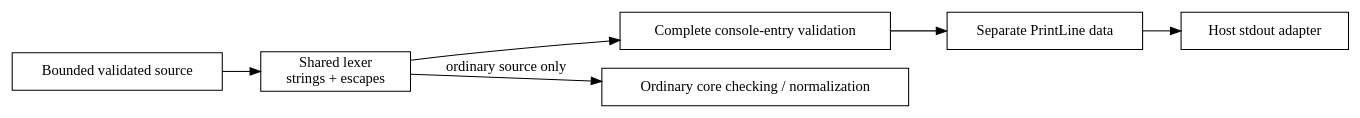
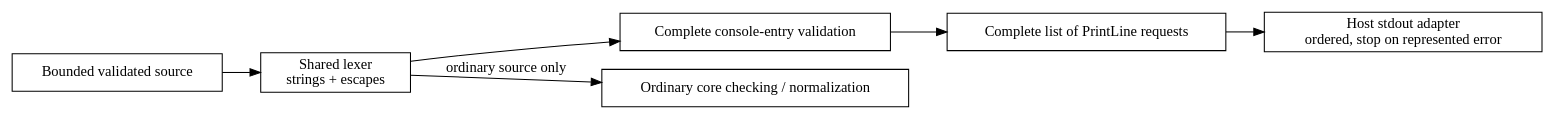
Before and after one commit to odunboye/fibril: the diagram in docs/diagrams/console-runner.dot, drawn with Graphviz. The commit also changed 23 other files, not shown here.

Commit message:
Sequence validated console do blocks with bounded action plans

```diff
--- a/docs/diagrams/console-runner.dot
+++ b/docs/diagrams/console-runner.dot
@@ -1,12 +1,12 @@
 digraph ConsoleRunner {
   rankdir=LR;
   node [shape=box];
   source [label="Bounded validated source"];
   lexer [label="Shared lexer\nstrings + escapes"];
   profile [label="Complete console-entry validation"];
-  action [label="Separate PrintLine data"];
-  host [label="Host stdout adapter"];
+  action [label="Complete list of PrintLine requests"];
+  host [label="Host stdout adapter\nordered, stop on represented error"];
   core [label="Ordinary core checking / normalization"];
   source -> lexer -> profile -> action -> host;
   lexer -> core [label="ordinary source only"];
 }
```
